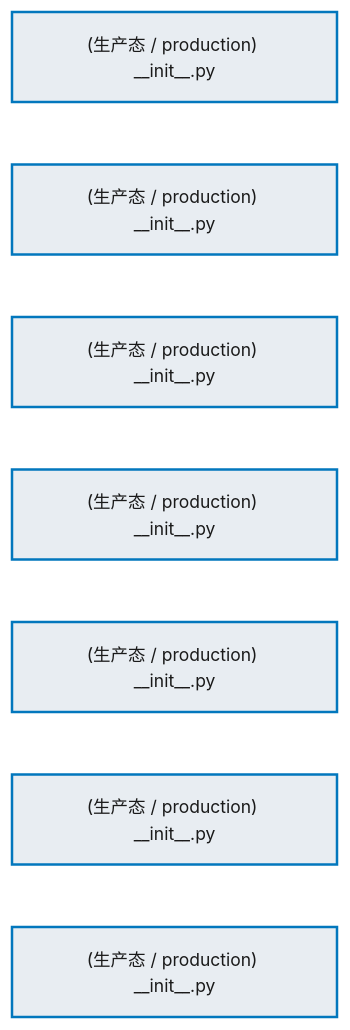
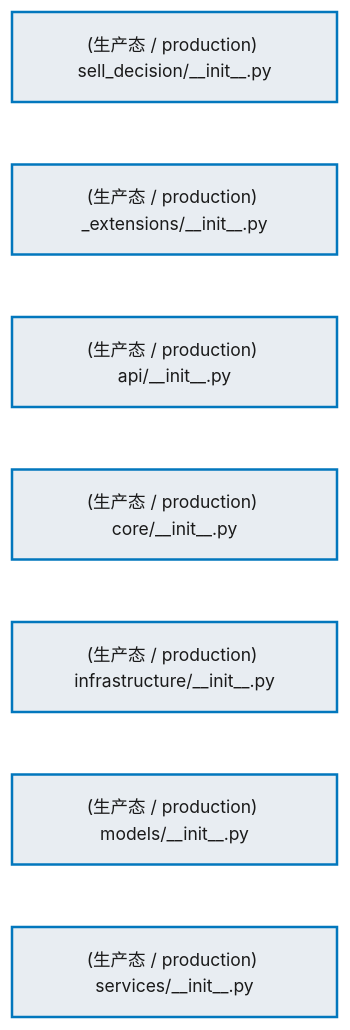
Before and after one commit to xuanFelixVan/ZephyrAlpha: the second of 3 diagrams in docs/02_enterprise_architecture/02_domain_architecture_docs/67_d_sell_decision.md, drawn with Mermaid. The commit also changed other lines of this file and 63 other files, not shown here.

````diff
--- a/docs/02_enterprise_architecture/02_domain_architecture_docs/67_d_sell_decision.md
+++ b/docs/02_enterprise_architecture/02_domain_architecture_docs/67_d_sell_decision.md
@@ -94,22 +94,22 @@
 ```mermaid
 %%{init: {'theme': 'base', 'themeVariables': {'primaryColor': '#eaeaea', 'primaryTextColor': '#333333', 'primaryBorderColor': '#666666', 'lineColor': '#666666', 'secondaryColor': '#eaeaea', 'tertiaryColor': '#eaeaea', 'fontSize': '14px'}}}%%
 flowchart TD
-    src_zephyr_sell_decision_init_py["(生产态 / production) __init__.py"]
-    src_zephyr_sell_decision_extensions_init_py["(生产态 / production) __init__.py"]
-    src_zephyr_sell_decision_api_init_py["(生产态 / production) __init__.py"]
-    src_zephyr_sell_decision_core_init_py["(生产态 / production) __init__.py"]
-    src_zephyr_sell_decision_infrastructure_init_py["(生产态 / production) __init__.py"]
-    src_zephyr_sell_decision_models_init_py["(生产态 / production) __init__.py"]
-    src_zephyr_sell_decision_services_init_py["(生产态 / production) __init__.py"]
+    src_zephyr_sell_decision_init_py["(生产态 / production) sell_decision/__init__.py"]
+    src_zephyr_sell_decision_extensions_init_py["(生产态 / production) _extensions/__init__.py"]
+    src_zephyr_sell_decision_api_init_py["(生产态 / production) api/__init__.py"]
+    src_zephyr_sell_decision_core_init_py["(生产态 / production) core/__init__.py"]
+    src_zephyr_sell_decision_infrastructure_init_py["(生产态 / production) infrastructure/__init__.py"]
+    src_zephyr_sell_decision_models_init_py["(生产态 / production) models/__init__.py"]
+    src_zephyr_sell_decision_services_init_py["(生产态 / production) services/__init__.py"]
     src_zephyr_sell_decision_init_py ~~~ src_zephyr_sell_decision_extensions_init_py
     src_zephyr_sell_decision_extensions_init_py ~~~ src_zephyr_sell_decision_api_init_py
     src_zephyr_sell_decision_api_init_py ~~~ src_zephyr_sell_decision_core_init_py
     src_zephyr_sell_decision_core_init_py ~~~ src_zephyr_sell_decision_infrastructure_init_py
     src_zephyr_sell_decision_infrastructure_init_py ~~~ src_zephyr_sell_decision_models_init_py
     src_zephyr_sell_decision_models_init_py ~~~ src_zephyr_sell_decision_services_init_py
     classDef production fill:#e8edf2,stroke:#0277bd,stroke-width:2px,color:#1a1a1a
     classDef design fill:#f0ebe3,stroke:#bf360c,stroke-width:2px,color:#1a1a1a,stroke-dasharray: 5 5
     classDef external_prod fill:#e8efe9,stroke:#1b5e20,stroke-width:1px,color:#1a1a1a
     classDef external_design fill:#efe5ea,stroke:#880e4f,stroke-width:1px,color:#1a1a1a,stroke-dasharray: 5 5
     class src_zephyr_sell_decision_init_py,src_zephyr_sell_decision_extensions_init_py,src_zephyr_sell_decision_api_init_py,src_zephyr_sell_decision_core_init_py,src_zephyr_sell_decision_infrastructure_init_py,src_zephyr_sell_decision_models_init_py,src_zephyr_sell_decision_services_init_py production
 ```
````
